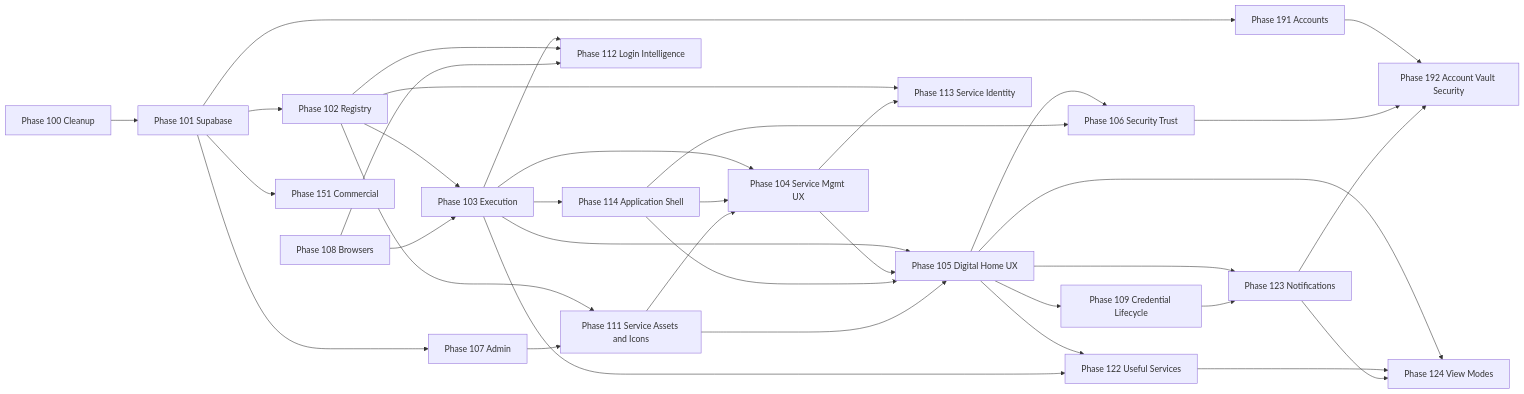
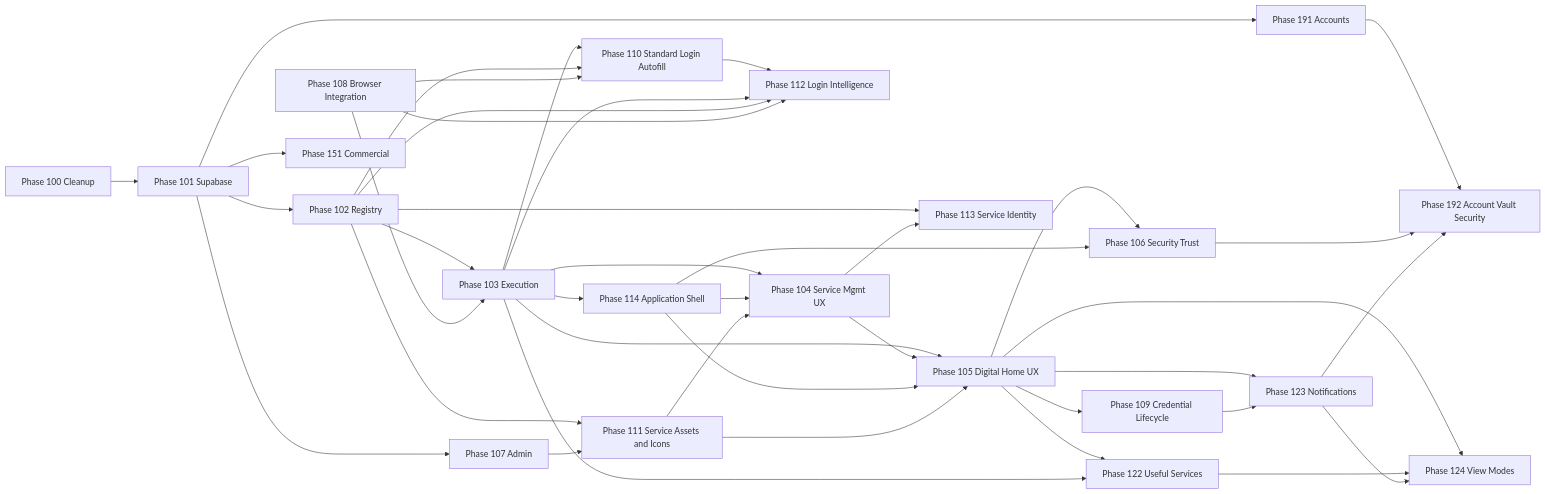
The sixth of 6 diagrams in team-yuri/PLAN.md (yaels3049-max/password-vault), drawn with Mermaid before and after one commit. The commit also changed other lines of this file and 44 other files, not shown here.

````diff
--- a/team-yuri/PLAN.md
+++ b/team-yuri/PLAN.md
@@ -2646,59 +2939,64 @@
 ```mermaid
 flowchart LR
   P100[Phase 100 Cleanup]
   P101[Phase 101 Supabase]
   P102[Phase 102 Registry]
   P103[Phase 103 Execution]
   P104[Phase 104 Service Mgmt UX]
   P105[Phase 105 Digital Home UX]
   P106[Phase 106 Security Trust]
   P107[Phase 107 Admin]
-  P108[Phase 108 Browsers]
+  P108[Phase 108 Browser Integration]
   P109[Phase 109 Credential Lifecycle]
+  P110[Phase 110 Standard Login Autofill]
   P111[Phase 111 Service Assets and Icons]
   P112[Phase 112 Login Intelligence]
   P113[Phase 113 Service Identity]
   P114[Phase 114 Application Shell]
   P122[Phase 122 Useful Services]
   P123[Phase 123 Notifications]
   P124[Phase 124 View Modes]
   P151[Phase 151 Commercial]
   P191[Phase 191 Accounts]
   P192[Phase 192 Account Vault Security]
 
   P100 --> P101
   P101 --> P102
   P102 --> P103
   P102 --> P111
   P103 --> P104
   P103 --> P105
   P104 --> P105
   P105 --> P106
   P108 --> P103
   P101 --> P107
   P107 --> P111
+  P103 --> P110
+  P102 --> P110
+  P108 --> P110
+  P110 --> P112
   P103 --> P112
   P102 --> P112
   P108 --> P112
   P102 --> P113
   P104 --> P113
   P103 --> P114
   P114 --> P104
   P114 --> P105
   P114 --> P106
   P105 --> P122
   P103 --> P122
   P105 --> P123
   P109 --> P123
   P105 --> P124
   P122 --> P124
   P123 --> P124
   P111 --> P104
   P111 --> P105
   P105 --> P109
   P101 --> P151
   P101 --> P191
   P191 --> P192
   P106 --> P192
   P123 --> P192
 ```
````
